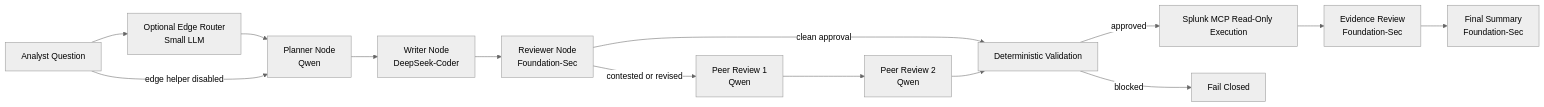
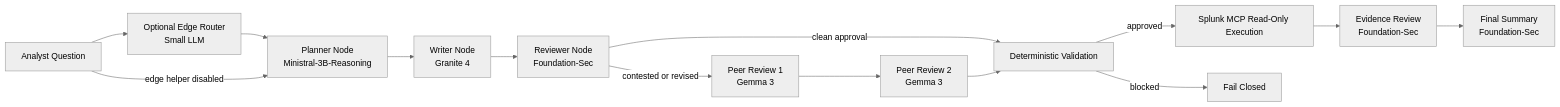
One commit to gosplunk/agtsmith changed the diagram in docs/architecture/two_model_spl_pipeline.md. Above: the diagram before and after it, drawn with Mermaid (neutral theme). The commit also changed other lines of this file and 119 other files, not shown here.

````diff
--- a/docs/architecture/two_model_spl_pipeline.md
+++ b/docs/architecture/two_model_spl_pipeline.md
@@ -25,16 +25,16 @@
 ```mermaid
 flowchart LR
     A[Analyst Question] --> R[Optional Edge Router<br/>Small LLM]
-    R --> B[Planner Node<br/>Qwen]
+    R --> B[Planner Node<br/>Ministral-3B-Reasoning]
     A -->|edge helper disabled| B
-    B --> C[Writer Node<br/>DeepSeek-Coder]
+    B --> C[Writer Node<br/>Granite 4]
     C --> D[Reviewer Node<br/>Foundation-Sec]
     D -->|clean approval| G[Deterministic Validation]
-    D -->|contested or revised| E[Peer Review 1<br/>Qwen]
-    E --> F[Peer Review 2<br/>Qwen]
+    D -->|contested or revised| E[Peer Review 1<br/>Gemma 3]
+    E --> F[Peer Review 2<br/>Gemma 3]
     F --> G
     G -->|approved| H[Splunk MCP Read-Only Execution]
     G -->|blocked| I[Fail Closed]
     H --> J[Evidence Review<br/>Foundation-Sec]
     J --> K[Final Summary<br/>Foundation-Sec]
 ```
````
